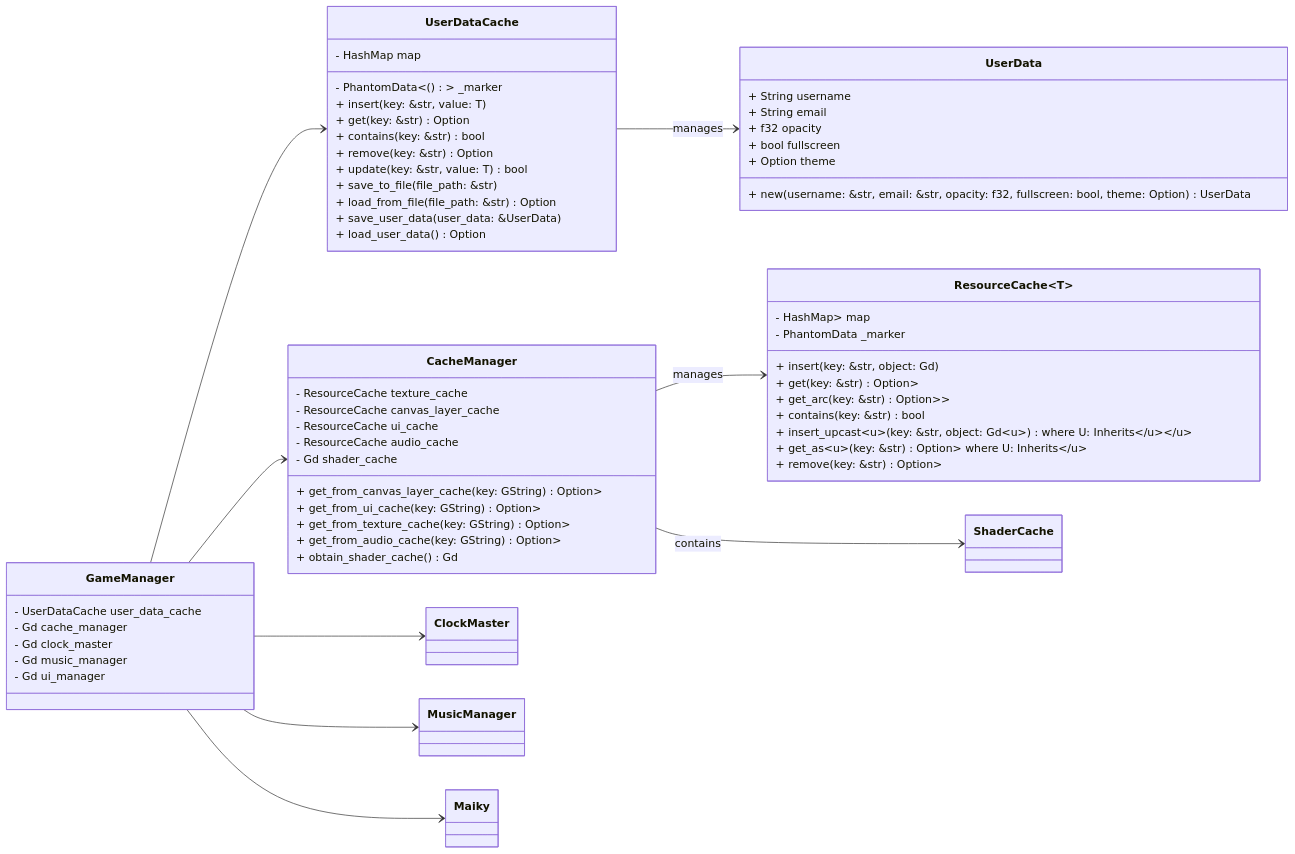
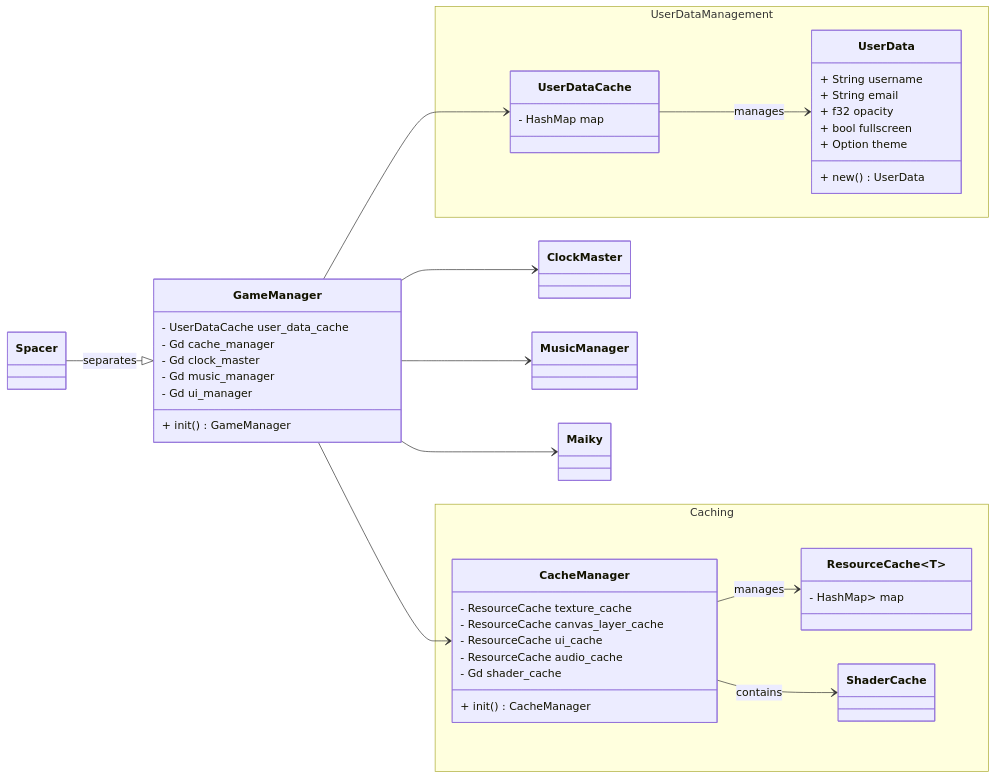
Before and after one commit to KBVE/kbve: the diagram in apps/kbve/kbve.com/src/content/docs/project/brackeys.mdx, drawn with Mermaid. The commit also changed other lines of this file, not shown here.

Commit message:
docs(brackeys): updating the chart to make it easier to read.

````diff
--- a/apps/kbve/kbve.com/src/content/docs/project/brackeys.mdx
+++ b/apps/kbve/kbve.com/src/content/docs/project/brackeys.mdx
@@ -34,75 +38,65 @@
 ```mermaid
 
 classDiagram
     direction LR
+
     class GameManager {
         - UserDataCache user_data_cache
         - Gd<CacheManager> cache_manager
         - Gd<ClockMaster> clock_master
         - Gd<MusicManager> music_manager
         - Gd<Maiky> ui_manager
+        + init() GameManager
     }
 
-    class UserDataCache {
+    
+    namespace UserDataManagement {
+        class UserDataCache {
             - HashMap<String, Variant> map
-            - PhantomData<()> _marker
-            + insert<T: ToGodot>(key: &str, value: T)
-            + get<T: FromGodot>(key: &str) Option<T>
-            + contains(key: &str) bool
-            + remove(key: &str) Option<Variant>
-            + update<T: ToGodot>(key: &str, value: T) bool
-            + save_to_file(file_path: &str)
-            + load_from_file(file_path: &str) Option<UserData>
-            + save_user_data(user_data: &UserData)
-            + load_user_data() Option<UserData>
+        }
+
+        class UserData {
+            + String username
+            + String email
+            + f32 opacity
+            + bool fullscreen
+            + Option<String> theme
+            + new() UserData
+        }
     }
 
-    class UserData {
-        + String username
-        + String email
-        + f32 opacity
-        + bool fullscreen
-        + Option<String> theme
-        + new(username: &str, email: &str, opacity: f32, fullscreen: bool, theme: Option<String>) UserData
+    namespace Caching {
+        class CacheManager {
+            - ResourceCache<Texture2D> texture_cache
+            - ResourceCache<CanvasLayer> canvas_layer_cache
+            - ResourceCache<Control> ui_cache
+            - ResourceCache<AudioStream> audio_cache
+            - Gd<ShaderCache> shader_cache
+            + init() CacheManager
+        }
+
+        class ResourceCache~T~ {
+            - HashMap<String, Gd<T>> map
+        }
+
+        class ShaderCache
     }
 
-    class CacheManager {
-        - ResourceCache<Texture2D> texture_cache
-        - ResourceCache<CanvasLayer> canvas_layer_cache
-        - ResourceCache<Control> ui_cache
-        - ResourceCache<AudioStream> audio_cache
-        - Gd<ShaderCache> shader_cache
-        + get_from_canvas_layer_cache(key: GString) Option<Gd<CanvasLayer>>
-        + get_from_ui_cache(key: GString) Option<Gd<Control>>
-        + get_from_texture_cache(key: GString) Option<Gd<Texture2D>>
-        + get_from_audio_cache(key: GString) Option<Gd<AudioStream>>
-        + obtain_shader_cache() Gd<ShaderCache>
-    }
-
-    class ResourceCache~T~ {
-        - HashMap<String, Gd<T>> map
-        - PhantomData<T> _marker
-        + insert(key: &str, object: Gd<T>)
-        + get(key: &str) Option<Gd<T>>
-        + get_arc(key: &str) Option<Arc<Gd<T>>>
-        + contains(key: &str) bool
-        + insert_upcast<U>(key: &str, object: Gd<U>) where U: Inherits<T>
-        + get_as<U>(key: &str) Option<Gd<U>> where U: Inherits<T>
-        + remove(key: &str) Option<Gd<T>>
-    }
-
-    class ShaderCache
     class ClockMaster
     class MusicManager
     class Maiky
 
     GameManager --> UserDataCache
     GameManager --> CacheManager
     GameManager --> ClockMaster
     GameManager --> MusicManager
     GameManager --> Maiky
+
     UserDataCache --> UserData : manages
     CacheManager --> ResourceCache : manages
     CacheManager --> ShaderCache : contains
 
+    Spacer --|> GameManager : separates
+
+
 ```
````
